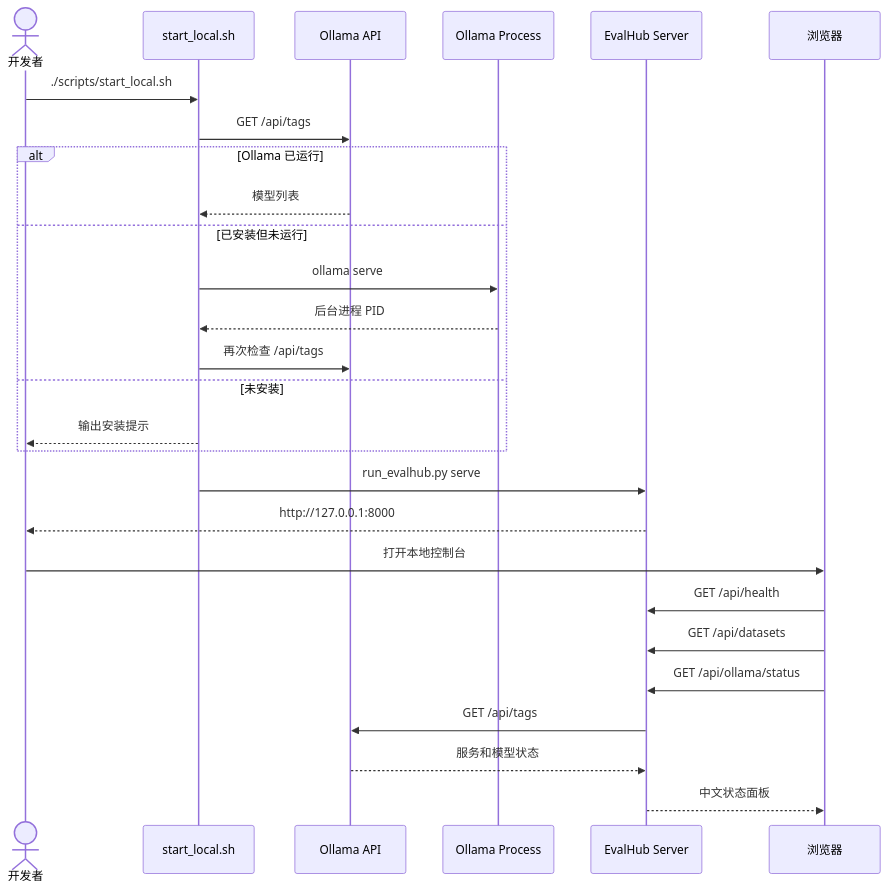
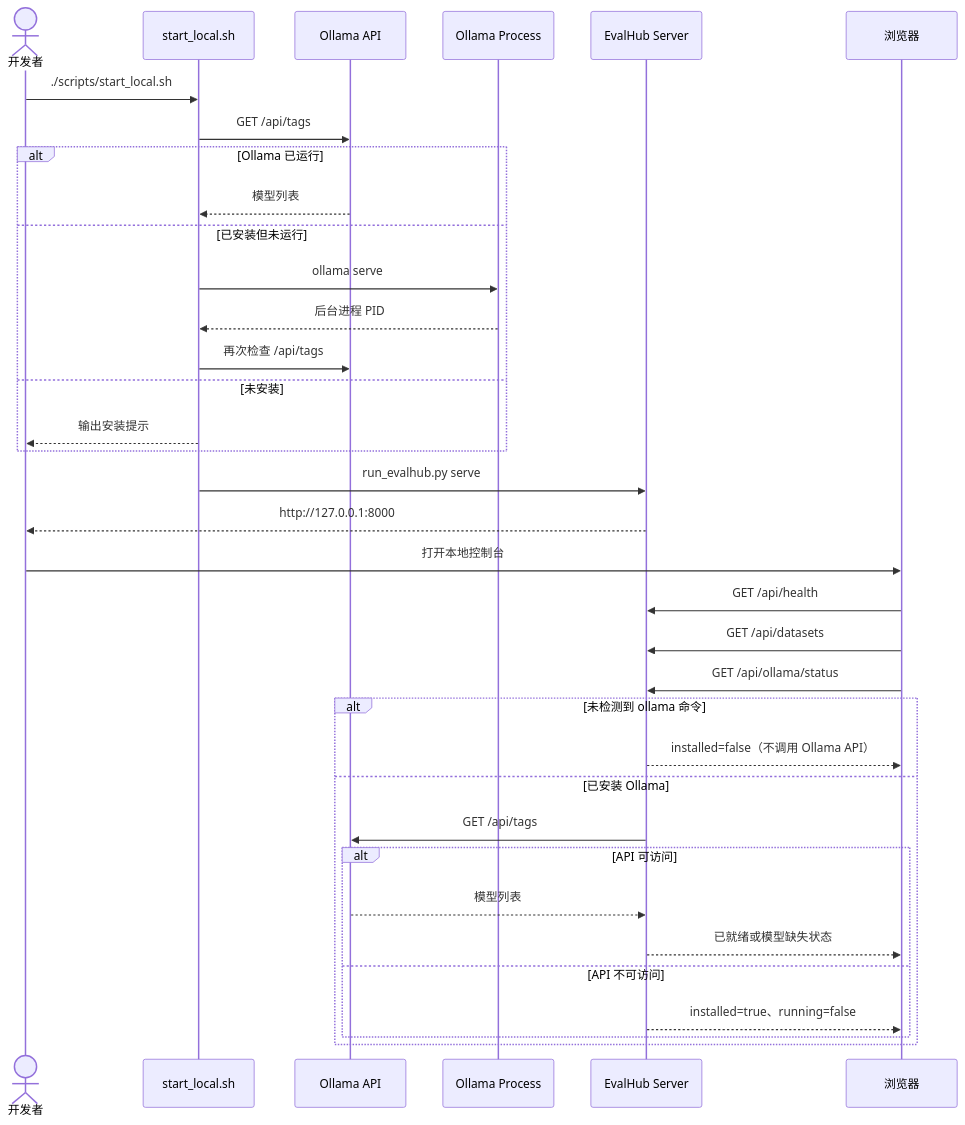
The fourth of 5 diagrams in README.md (NEDONION/evalhub), drawn with Mermaid before and after one commit. The commit also changed other lines of this file and 1 other file, not shown here.

Commit message:
docs: correct README diagram semantics

````diff
--- a/README.md
+++ b/README.md
@@ -205,30 +213,38 @@
 ```mermaid
 sequenceDiagram
     actor Dev as 开发者
     participant Script as start_local.sh
     participant API as Ollama API
     participant Process as Ollama Process
     participant Server as EvalHub Server
     participant Browser as 浏览器
 
     Dev->>Script: ./scripts/start_local.sh
     Script->>API: GET /api/tags
     alt Ollama 已运行
         API-->>Script: 模型列表
     else 已安装但未运行
         Script->>Process: ollama serve
         Process-->>Script: 后台进程 PID
         Script->>API: 再次检查 /api/tags
     else 未安装
         Script-->>Dev: 输出安装提示
     end
     Script->>Server: run_evalhub.py serve
     Server-->>Dev: http://127.0.0.1:8000
     Dev->>Browser: 打开本地控制台
     Browser->>Server: GET /api/health
     Browser->>Server: GET /api/datasets
     Browser->>Server: GET /api/ollama/status
-    Server->>API: GET /api/tags
-    API-->>Server: 服务和模型状态
-    Server-->>Browser: 中文状态面板
+    alt 未检测到 ollama 命令
+        Server-->>Browser: installed=false（不调用 Ollama API）
+    else 已安装 Ollama
+        Server->>API: GET /api/tags
+        alt API 可访问
+            API-->>Server: 模型列表
+            Server-->>Browser: 已就绪或模型缺失状态
+        else API 不可访问
+            Server-->>Browser: installed=true、running=false
+        end
+    end
 ```
````
